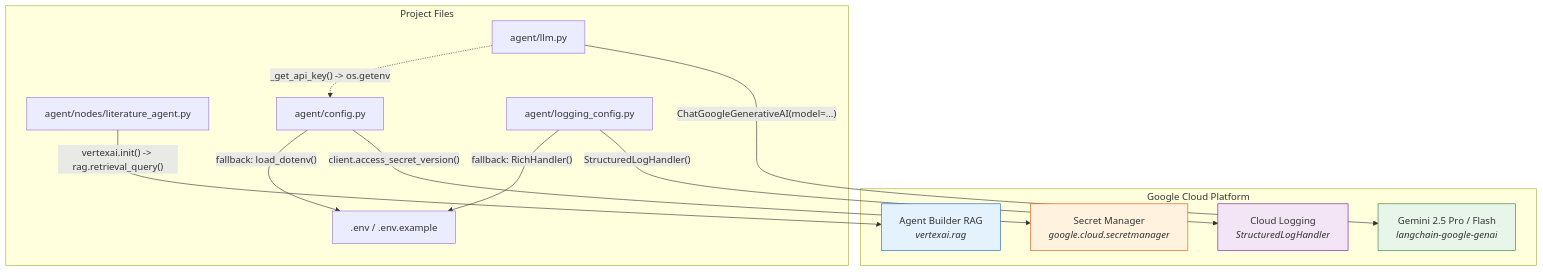
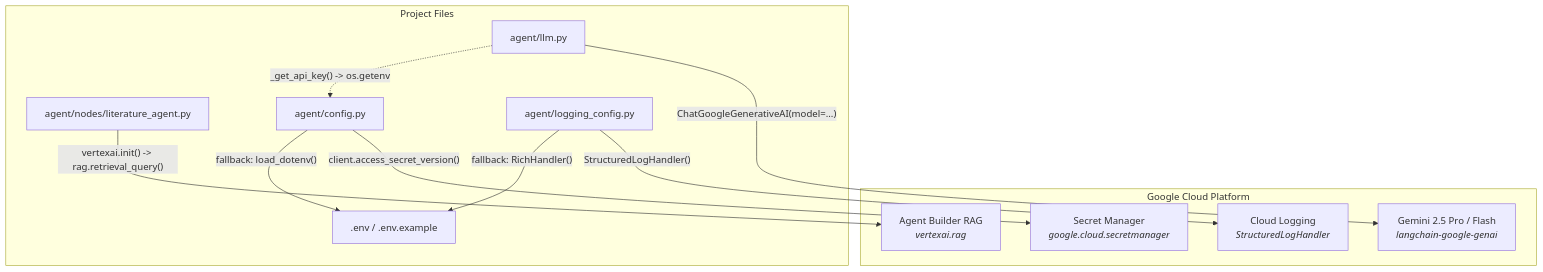
The sixth of 8 diagrams in README.md (dbosmrt/ARIA-Autonomous-Research-Integrity-Agent-), drawn with Mermaid before and after one commit. The commit also changed other lines of this file, not shown here.

````diff
--- a/README.md
+++ b/README.md
@@ -329,31 +325,27 @@
 ```mermaid
 graph TD
     subgraph GCP["Google Cloud Platform"]
         GEMINI["Gemini 2.5 Pro / Flash<br/><i>langchain-google-genai</i>"]
         AB["Agent Builder RAG<br/><i>vertexai.rag</i>"]
         SM["Secret Manager<br/><i>google.cloud.secretmanager</i>"]
         CL["Cloud Logging<br/><i>StructuredLogHandler</i>"]
     end
 
     subgraph FILES["Project Files"]
         LLM["agent/llm.py"]
         LIT["agent/nodes/literature_agent.py"]
         CFG["agent/config.py"]
         LOG["agent/logging_config.py"]
         DOTENV[".env / .env.example"]
     end
 
     LLM -->|"ChatGoogleGenerativeAI(model=...)"| GEMINI
     LIT -->|"vertexai.init() -> rag.retrieval_query()"| AB
     CFG -->|"client.access_secret_version()"| SM
     CFG -->|"fallback: load_dotenv()"| DOTENV
     LOG -->|"StructuredLogHandler()"| CL
     LOG -->|"fallback: RichHandler()"| DOTENV
 
     LLM -.->|"_get_api_key() -> os.getenv"| CFG
 
-    style GEMINI fill:#e8f5e9,stroke:#2e7d32
-    style AB fill:#e3f2fd,stroke:#1565c0
-    style SM fill:#fff3e0,stroke:#e65100
-    style CL fill:#f3e5f5,stroke:#6a1b9a
 ```
````
